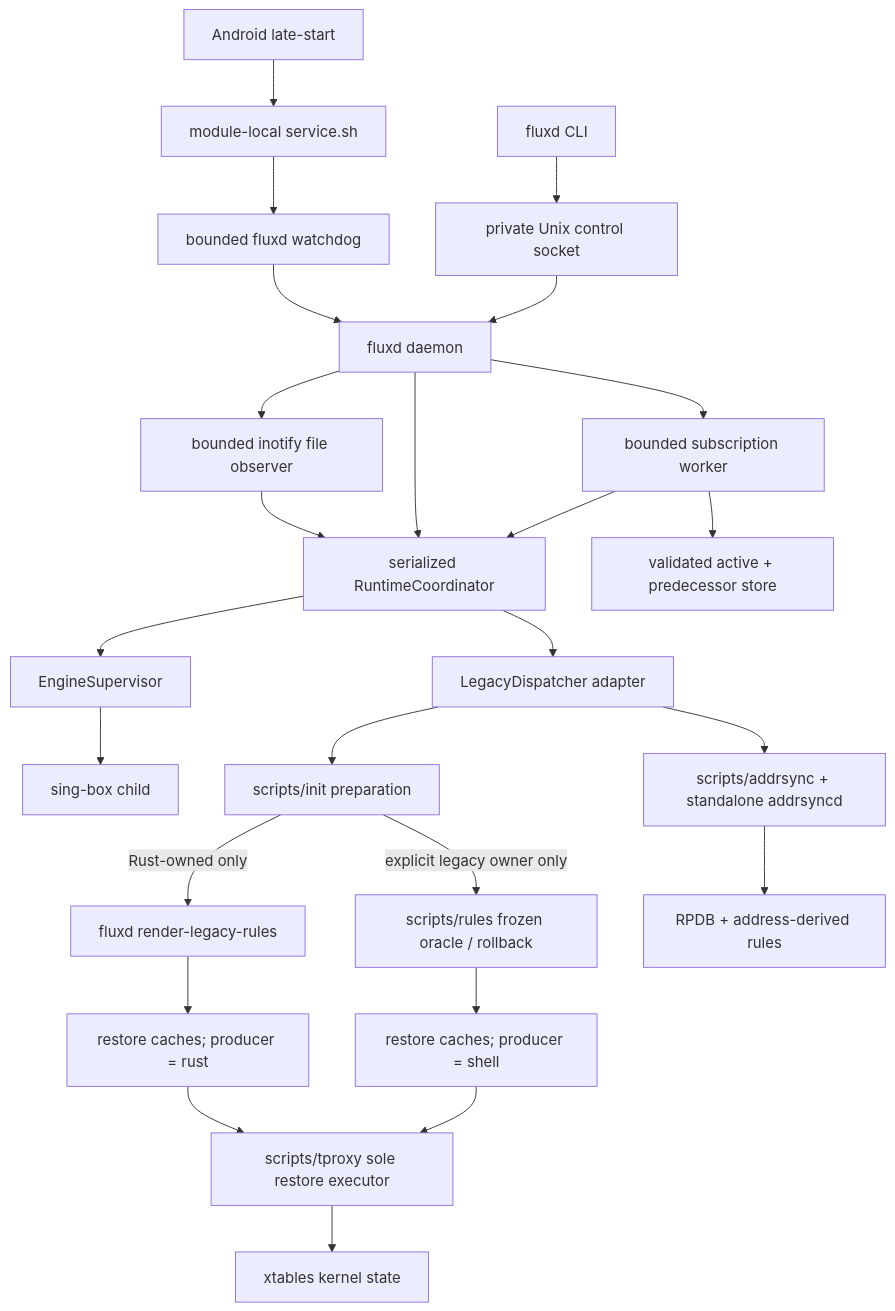
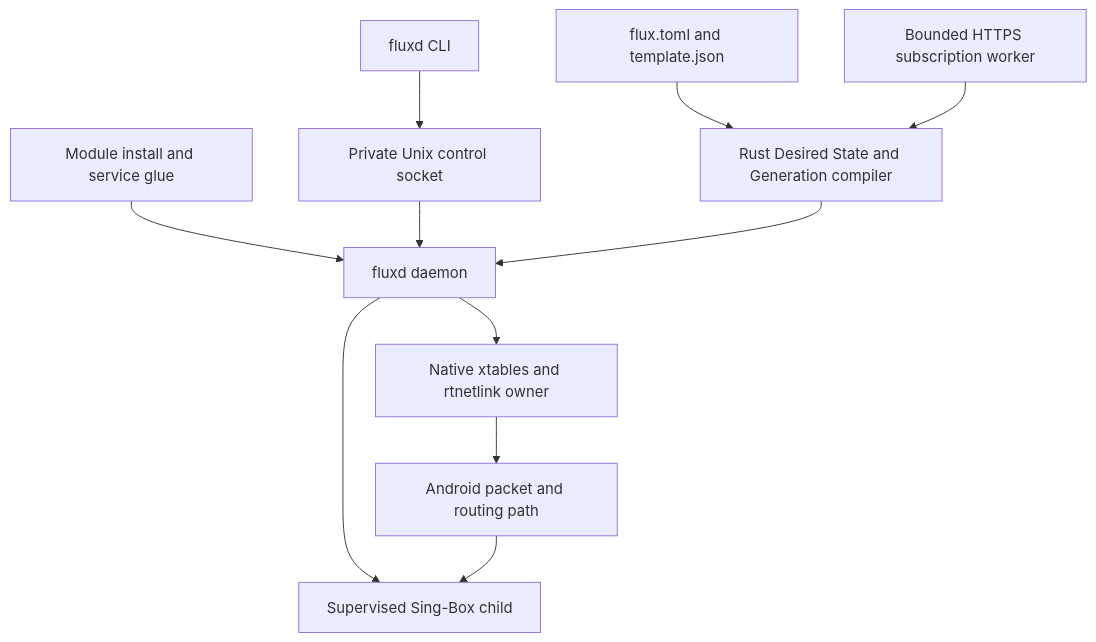
Before and after one commit to Chth1z/Flux: the diagram in README.md, drawn with Mermaid. The commit also changed other lines of this file and 4 other files, not shown here.

Commit message:
docs: align guides with native runtime

````diff
--- a/README.md
+++ b/README.md
@@ -115,27 +30,13 @@
 ```mermaid
 flowchart TD
-    Boot["Android late-start"] --> Service["module-local service.sh"]
-    Service --> Watchdog["bounded fluxd watchdog"]
-    Watchdog --> Fluxd["fluxd daemon"]
-    CLI["fluxd CLI"] --> Socket["private Unix control socket"]
+    Glue["Module install and service glue"] --> Fluxd["fluxd daemon"]
+    CLI["fluxd CLI"] --> Socket["Private Unix control socket"]
     Socket --> Fluxd
-    Fluxd --> Observer["bounded inotify file observer"]
-    Observer --> Coordinator
-    Fluxd --> Coordinator["serialized RuntimeCoordinator"]
-    Fluxd --> Subscription["bounded subscription worker"]
-    Subscription --> Store["validated active + predecessor store"]
-    Subscription --> Coordinator
-    Coordinator --> Engine["EngineSupervisor"]
-    Engine --> SingBox["sing-box child"]
-    Coordinator --> Bridge["LegacyDispatcher adapter"]
-    Bridge --> Init["scripts/init preparation"]
-    Init -->|"Rust-owned only"| Renderer["fluxd render-legacy-rules"]
-    Init -->|"explicit legacy owner only"| Oracle["scripts/rules frozen oracle / rollback"]
-    Renderer --> Cache["restore caches; producer = rust"]
-    Oracle --> CacheLegacy["restore caches; producer = shell"]
-    Cache --> Tproxy["scripts/tproxy sole restore executor"]
-    CacheLegacy --> Tproxy
-    Tproxy --> Kernel["xtables kernel state"]
-    Bridge --> AddrSync["scripts/addrsync + standalone addrsyncd"]
-    AddrSync --> KernelPolicy["RPDB + address-derived rules"]
+    Config["flux.toml and template.json"] --> Compiler["Rust Desired State and Generation compiler"]
+    Subscription["Bounded HTTPS subscription worker"] --> Compiler
+    Compiler --> Fluxd
+    Fluxd --> Engine["Supervised Sing-Box child"]
+    Fluxd --> Native["Native xtables and rtnetlink owner"]
+    Native --> Kernel["Android packet and routing path"]
+    Kernel --> Engine
 ```
````
